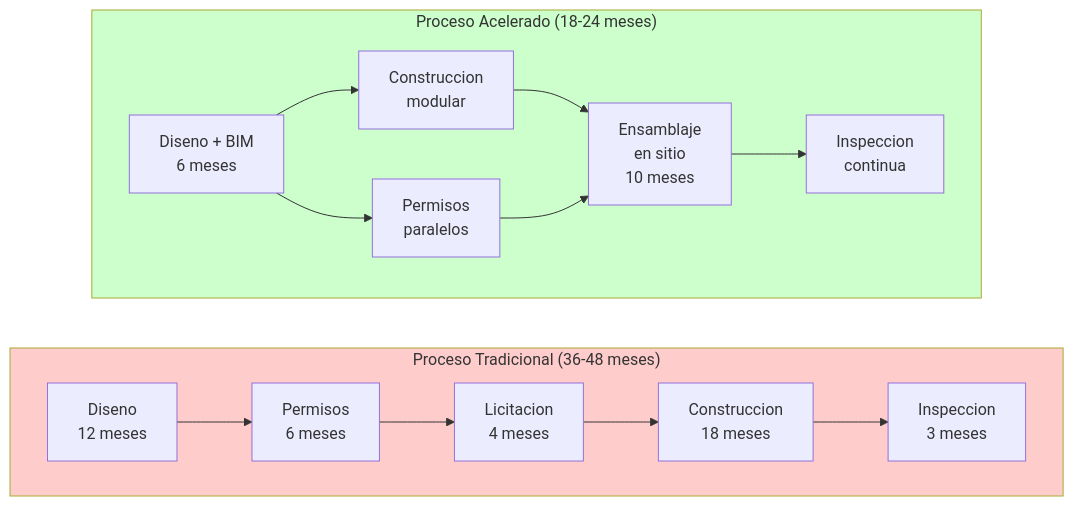
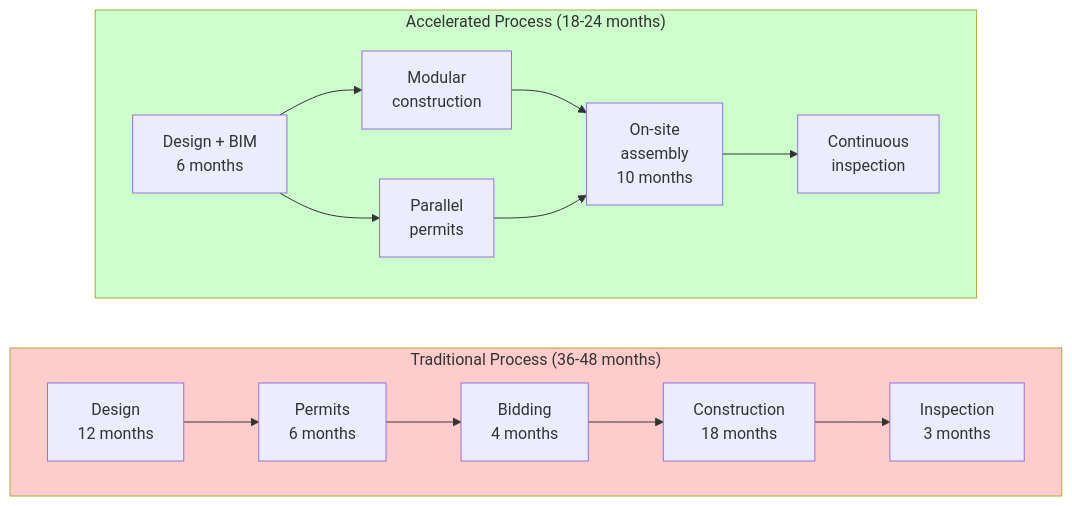
One commit to Venezuela-S-A/venezuela-sa changed the second of 2 diagrams in i18n/en/docusaurus-plugin-content-docs/current/06-realidad/infraestructura-calidad.md. Above: the diagram before and after it, drawn with Mermaid. The commit also changed other lines of this file and 127 other files, not shown here.

````diff
--- a/i18n/en/docusaurus-plugin-content-docs/current/06-realidad/infraestructura-calidad.md
+++ b/i18n/en/docusaurus-plugin-content-docs/current/06-realidad/infraestructura-calidad.md
@@ -198,22 +198,22 @@
 ```mermaid
 flowchart LR
-    subgraph Tradicional["Proceso Tradicional (36-48 meses)"]
+    subgraph Traditional["Traditional Process (36-48 months)"]
         direction LR
-        T1["Diseno<br/>12 meses"] --> T2["Permisos<br/>6 meses"]
-        T2 --> T3["Licitacion<br/>4 meses"]
-        T3 --> T4["Construccion<br/>18 meses"]
-        T4 --> T5["Inspeccion<br/>3 meses"]
+        T1["Design<br/>12 months"] --> T2["Permits<br/>6 months"]
+        T2 --> T3["Bidding<br/>4 months"]
+        T3 --> T4["Construction<br/>18 months"]
+        T4 --> T5["Inspection<br/>3 months"]
     end
 
-    subgraph Acelerado["Proceso Acelerado (18-24 meses)"]
+    subgraph Accelerated["Accelerated Process (18-24 months)"]
         direction LR
-        A1["Diseno + BIM<br/>6 meses"] --> A2["Construccion<br/>modular"]
-        A1 --> A3["Permisos<br/>paralelos"]
-        A2 --> A4["Ensamblaje<br/>en sitio<br/>10 meses"]
+        A1["Design + BIM<br/>6 months"] --> A2["Modular<br/>construction"]
+        A1 --> A3["Parallel<br/>permits"]
+        A2 --> A4["On-site<br/>assembly<br/>10 months"]
         A3 --> A4
-        A4 --> A5["Inspeccion<br/>continua"]
+        A4 --> A5["Continuous<br/>inspection"]
     end
 
-    style Tradicional fill:#ffcccc
-    style Acelerado fill:#ccffcc
+    style Traditional fill:#ffcccc
+    style Accelerated fill:#ccffcc
 ```
````
